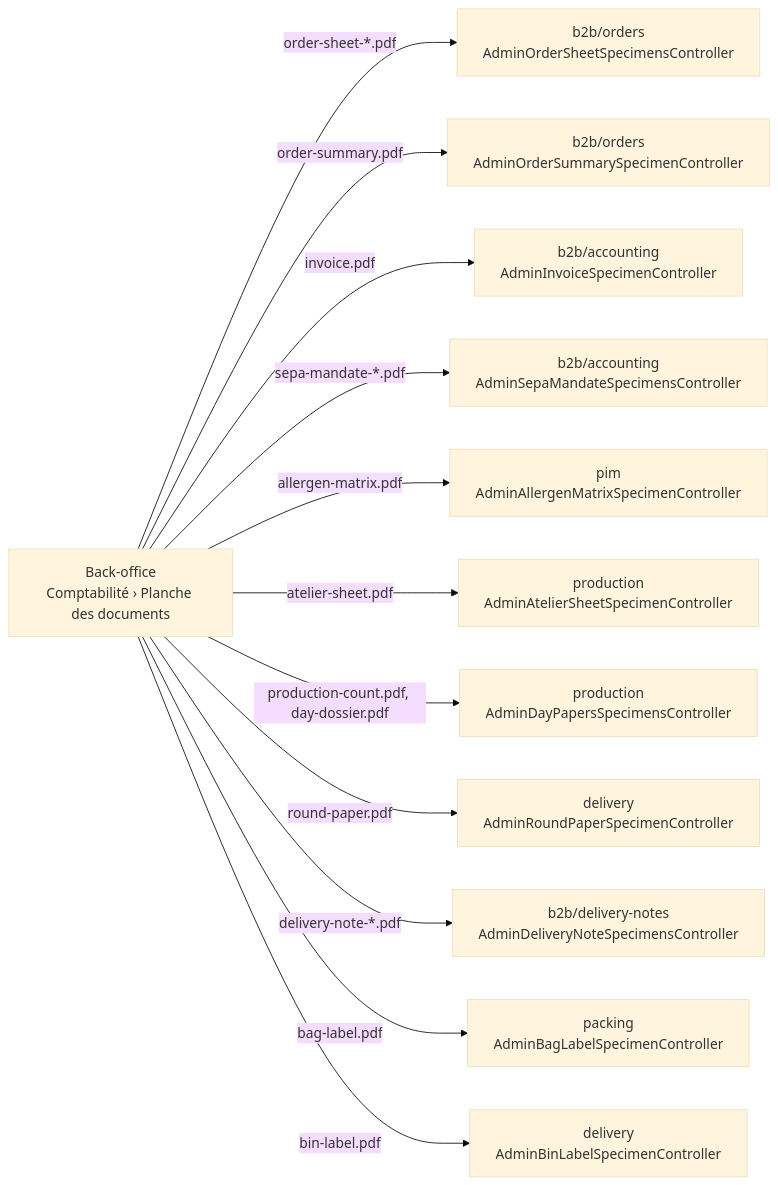
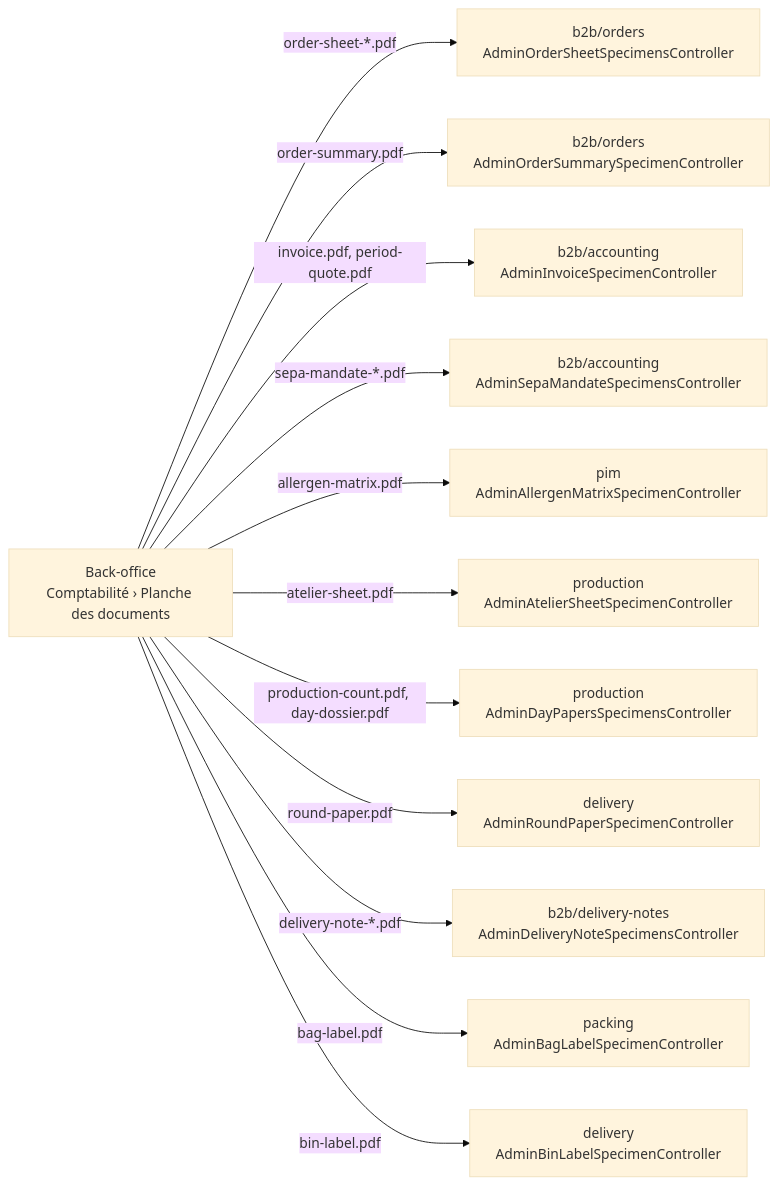
One commit to hugoheynard/lfd changed the diagram in documentation/comptabilite/planche-des-documents.md. Above: the diagram before and after it, drawn with Mermaid (base theme). The commit also changed other lines of this file and 83 other files, not shown here.

````diff
--- a/documentation/comptabilite/planche-des-documents.md
+++ b/documentation/comptabilite/planche-des-documents.md
@@ -42,15 +43,15 @@
 ```mermaid
 flowchart LR
   screen["Back-office<br/>Comptabilité › Planche des documents"]
   screen -->|order-sheet-*.pdf| orders["b2b/orders<br/>AdminOrderSheetSpecimensController"]
   screen -->|order-summary.pdf| summary["b2b/orders<br/>AdminOrderSummarySpecimenController"]
-  screen -->|invoice.pdf| accounting["b2b/accounting<br/>AdminInvoiceSpecimenController"]
+  screen -->|invoice.pdf, period-quote.pdf| accounting["b2b/accounting<br/>AdminInvoiceSpecimenController"]
   screen -->|sepa-mandate-*.pdf| mandates["b2b/accounting<br/>AdminSepaMandateSpecimensController"]
   screen -->|allergen-matrix.pdf| pim["pim<br/>AdminAllergenMatrixSpecimenController"]
   screen -->|atelier-sheet.pdf| production["production<br/>AdminAtelierSheetSpecimenController"]
   screen -->|production-count.pdf, day-dossier.pdf| dayPapers["production<br/>AdminDayPapersSpecimensController"]
   screen -->|round-paper.pdf| delivery["delivery<br/>AdminRoundPaperSpecimenController"]
   screen -->|delivery-note-*.pdf| notes["b2b/delivery-notes<br/>AdminDeliveryNoteSpecimensController"]
   screen -->|bag-label.pdf| packing["packing<br/>AdminBagLabelSpecimenController"]
   screen -->|bin-label.pdf| binLabel["delivery<br/>AdminBinLabelSpecimenController"]
 ```
````
